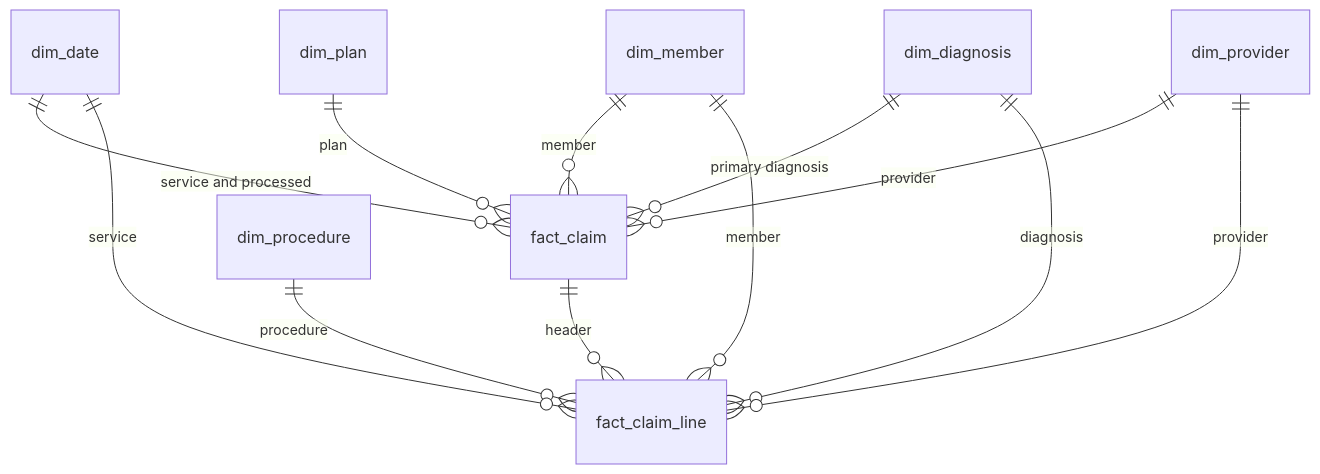
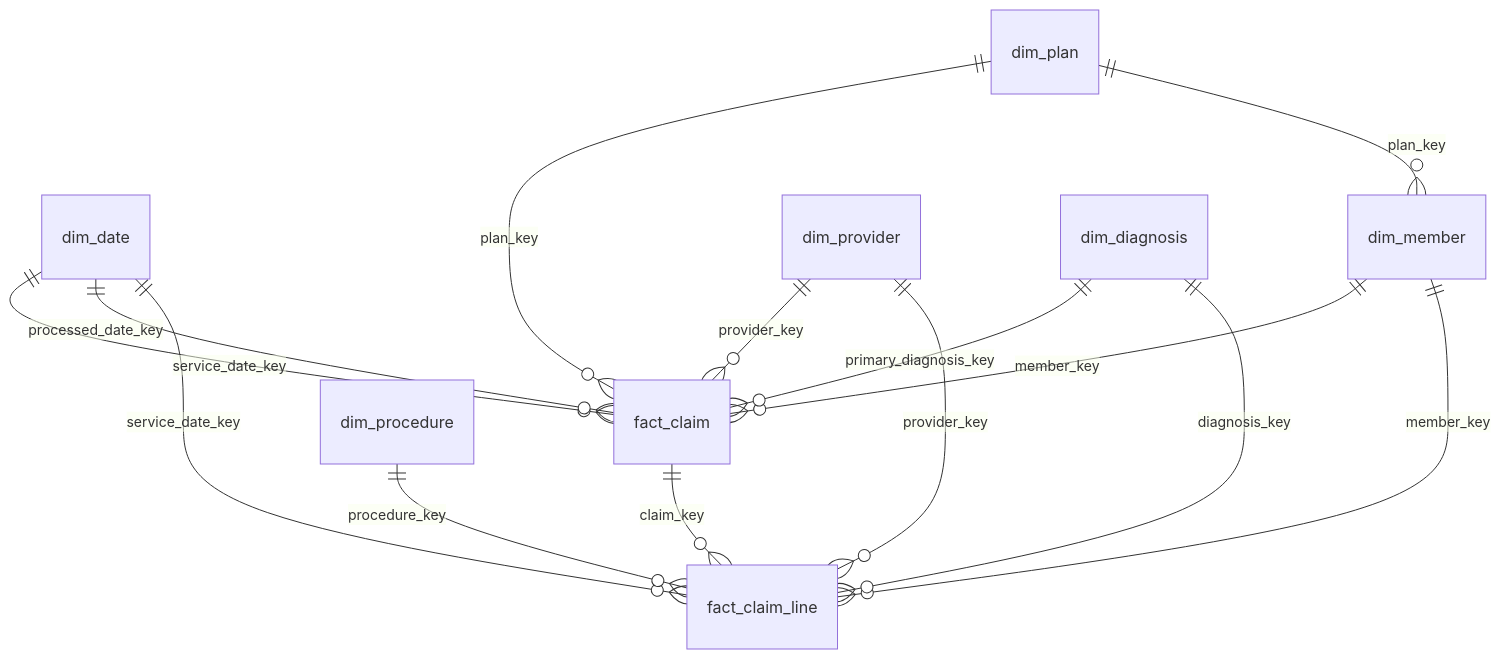
The first of 2 diagrams in docs/data-model.md (Israelkwawu/medInsure-claims-warehouse-sk-02), drawn with Mermaid before and after one commit. The commit also changed other lines of this file and 2 other files, not shown here.

````diff
--- a/docs/data-model.md
+++ b/docs/data-model.md
@@ -60,14 +64,16 @@
 ```mermaid
 erDiagram
-    dim_date ||--o{ fact_claim : "service and processed"
-    dim_member ||--o{ fact_claim : member
-    dim_provider ||--o{ fact_claim : provider
-    dim_plan ||--o{ fact_claim : plan
-    dim_diagnosis ||--o{ fact_claim : "primary diagnosis"
-    fact_claim ||--o{ fact_claim_line : header
-    dim_procedure ||--o{ fact_claim_line : procedure
-    dim_diagnosis ||--o{ fact_claim_line : diagnosis
-    dim_date ||--o{ fact_claim_line : service
-    dim_member ||--o{ fact_claim_line : member
-    dim_provider ||--o{ fact_claim_line : provider
+    dim_date ||--o{ fact_claim : service_date_key
+    dim_date ||--o{ fact_claim : processed_date_key
+    dim_member ||--o{ fact_claim : member_key
+    dim_provider ||--o{ fact_claim : provider_key
+    dim_plan ||--o{ fact_claim : plan_key
+    dim_diagnosis ||--o{ fact_claim : primary_diagnosis_key
+    dim_plan ||--o{ dim_member : plan_key
+    fact_claim ||--o{ fact_claim_line : claim_key
+    dim_member ||--o{ fact_claim_line : member_key
+    dim_provider ||--o{ fact_claim_line : provider_key
+    dim_date ||--o{ fact_claim_line : service_date_key
+    dim_procedure ||--o{ fact_claim_line : procedure_key
+    dim_diagnosis ||--o{ fact_claim_line : diagnosis_key
 ```
````
